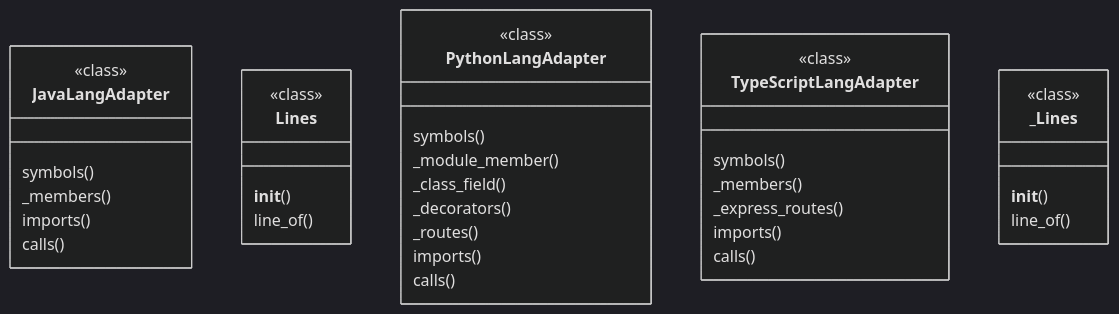
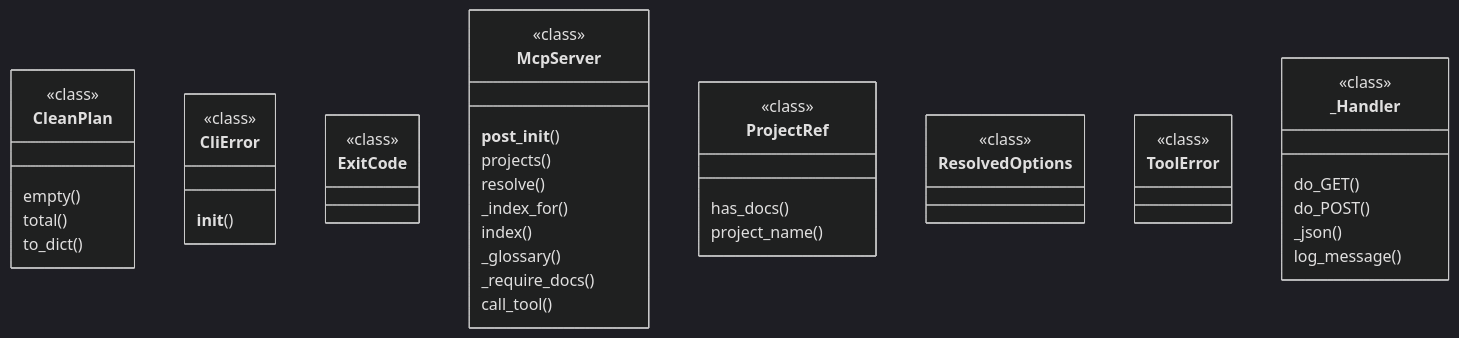
The fourth of 5 diagrams in docs/generated/l1-manual-tecnico.md (CharlyZeta/Docu), drawn with Mermaid (dark theme) before and after one commit. The commit also changed other lines of this file and 13 other files, not shown here.

````diff
--- a/docs/generated/l1-manual-tecnico.md
+++ b/docs/generated/l1-manual-tecnico.md
@@ -239,33 +239,37 @@
 ```mermaid
 classDiagram
-    class JavaLangAdapter <<class>> {
-        symbols()
-        _members()
-        imports()
-        calls()
+    class CleanPlan <<class>> {
+        empty()
+        total()
+        to_dict()
     }
-    class Lines <<class>> {
+    class CliError <<class>> {
         __init__()
-        line_of()
     }
-    class PythonLangAdapter <<class>> {
-        symbols()
-        _module_member()
-        _class_field()
-        _decorators()
-        _routes()
-        imports()
-        calls()
+    class ExitCode <<class>> {
     }
-    class TypeScriptLangAdapter <<class>> {
-        symbols()
-        _members()
-        _express_routes()
-        imports()
-        calls()
+    class McpServer <<class>> {
+        __post_init__()
+        projects()
+        resolve()
+        _index_for()
+        index()
+        _glossary()
+        _require_docs()
+        call_tool()
     }
-    class _Lines <<class>> {
-        __init__()
-        line_of()
+    class ProjectRef <<class>> {
+        has_docs()
+        project_name()
+    }
+    class ResolvedOptions <<class>> {
+    }
+    class ToolError <<class>> {
+    }
+    class _Handler <<class>> {
+        do_GET()
+        do_POST()
+        _json()
+        log_message()
     }
 ```
````
